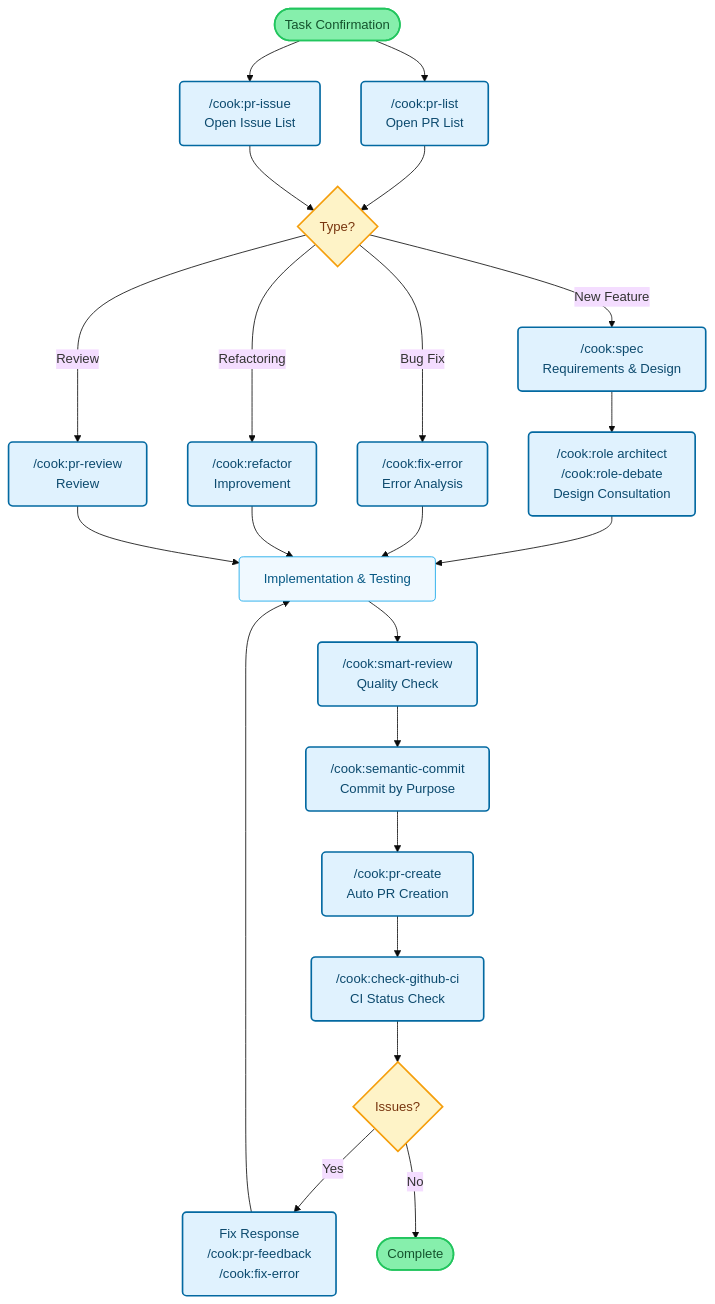
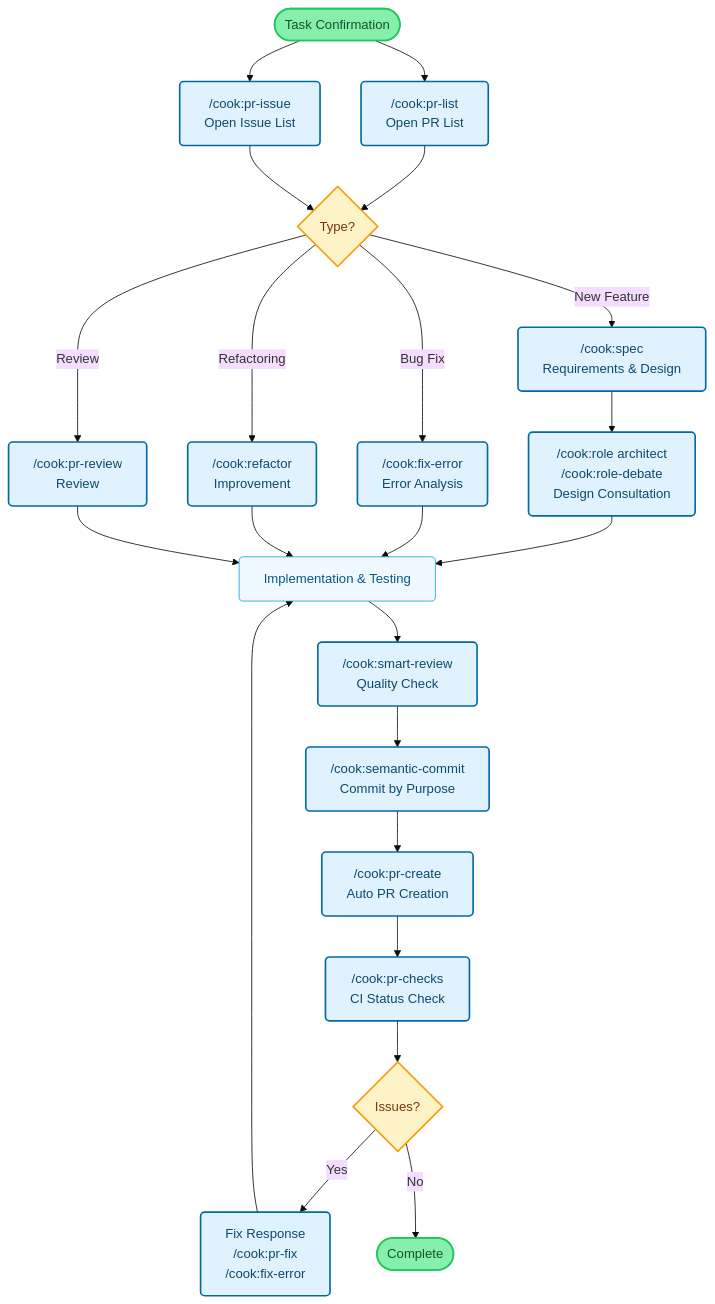
Before and after one commit to wasabeef/claude-code-cookbook: the diagram in README.md, drawn with Mermaid (base theme). The commit also changed other lines of this file and 337 other files, not shown here.

````diff
--- a/README.md
+++ b/README.md
@@ -121,40 +121,40 @@
 ```mermaid
 flowchart TB
     Start([Task Confirmation]) --> PRList["/cook:pr-list<br/>Open PR List"]
     Start --> PRIssue["/cook:pr-issue<br/>Open Issue List"]
 
     PRList --> TaskType{Type?}
     PRIssue --> TaskType
 
     TaskType -->|New Feature| Plan["/cook:spec<br/>Requirements & Design"]
     TaskType -->|Bug Fix| Fix["/cook:fix-error<br/>Error Analysis"]
     TaskType -->|Refactoring| Refactor["/cook:refactor<br/>Improvement"]
     TaskType -->|Review| Review["/cook:pr-review<br/>Review"]
 
     Plan --> Design["/cook:role architect<br/>/cook:role-debate<br/>Design Consultation"]
     Design --> Implementation[Implementation & Testing]
     Fix --> Implementation
     Refactor --> Implementation
     Review --> Implementation
 
     Implementation --> Check["/cook:smart-review<br/>Quality Check"]
     Check --> Commit["/cook:semantic-commit<br/>Commit by Purpose"]
     Commit --> PR["/cook:pr-create<br/>Auto PR Creation"]
-    PR --> CI["/cook:check-github-ci<br/>CI Status Check"]
+    PR --> CI["/cook:pr-checks<br/>CI Status Check"]
 
     CI --> Status{Issues?}
-    Status -->|Yes| Feedback["Fix Response<br/>/cook:pr-feedback<br/>/cook:fix-error"]
+    Status -->|Yes| Feedback["Fix Response<br/>/cook:pr-fix<br/>/cook:fix-error"]
     Status -->|No| End([Complete])
 
     Feedback --> Implementation
 
     classDef commandBox fill:#e0f2fe,stroke:#0369a1,stroke-width:2px,rx:5,ry:5,color:#0c4a6e
     classDef processBox fill:#f0f9ff,stroke:#0ea5e9,stroke-width:1px,rx:5,ry:5,color:#075985
     classDef decisionBox fill:#fef3c7,stroke:#f59e0b,stroke-width:2px,rx:5,ry:5,color:#78350f
     classDef startEnd fill:#86efac,stroke:#22c55e,stroke-width:2px,rx:20,ry:20,color:#14532d
 
     class PRList,PRIssue,Plan,Fix,Refactor,Review,Design,Check,CI,Commit,PR,Feedback commandBox
     class Implementation processBox
     class TaskType,Status decisionBox
     class Start,End startEnd
 ```
````
